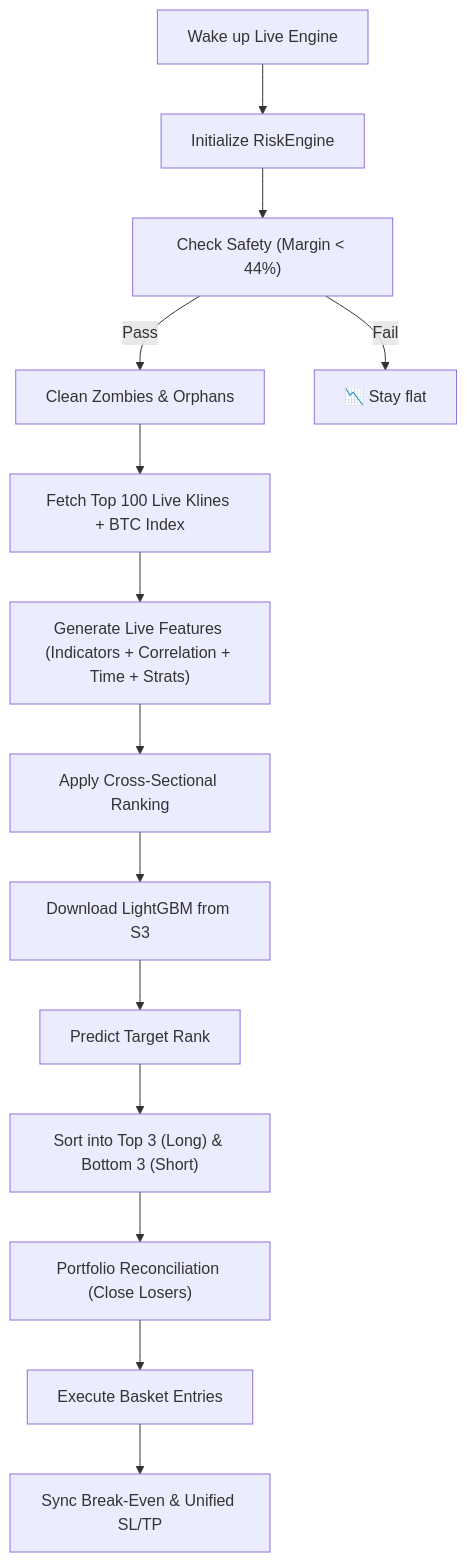
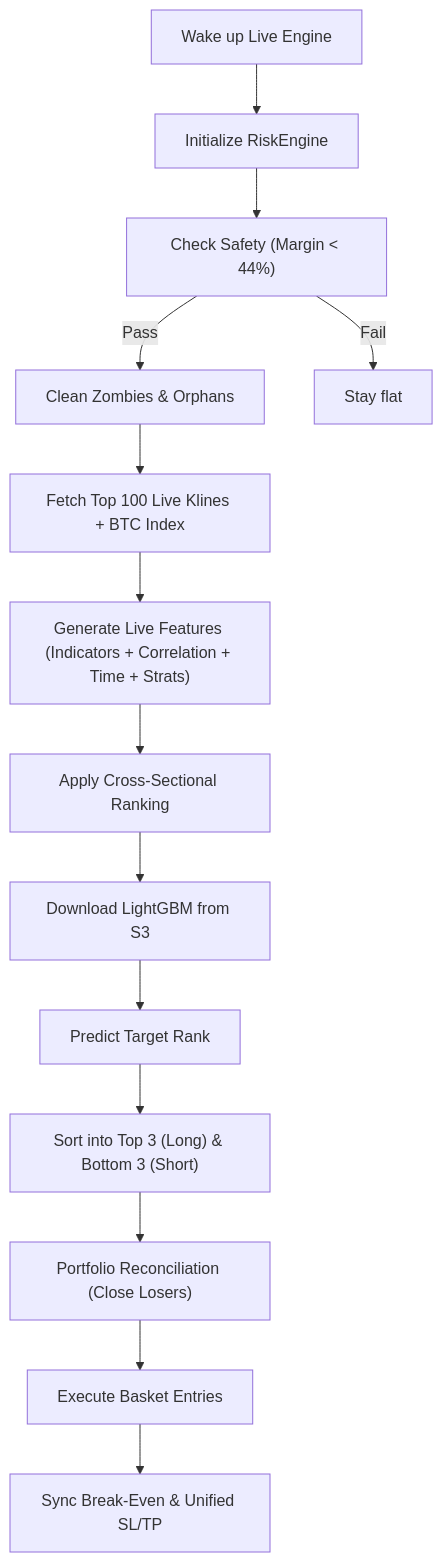
One commit to CnahtanoJ/alpha-factory changed the second of 2 diagrams in ARCHITECTURE.md. Above: the diagram before and after it, drawn with Mermaid. The commit also changed other lines of this file and 32 other files, not shown here.

````diff
--- a/ARCHITECTURE.md
+++ b/ARCHITECTURE.md
@@ -315,20 +315,20 @@
 ```mermaid
 flowchart TD
     A["Wake up Live Engine"]
     B["Initialize RiskEngine"]
     C["Check Safety (Margin < 44%)"]
     D["Clean Zombies & Orphans"]
     E["Fetch Top 100 Live Klines + BTC Index"]
     F["Generate Live Features (Indicators + Correlation + Time + Strats)"]
     G["Apply Cross-Sectional Ranking"]
     H["Download LightGBM from S3"]
     I["Predict Target Rank"]
     J["Sort into Top 3 (Long) & Bottom 3 (Short)"]
     K["Portfolio Reconciliation (Close Losers)"]
     L["Execute Basket Entries"]
     M["Sync Break-Even & Unified SL/TP"]
 
     A --> B --> C
-    C -->|Fail| BAIL["📉 Stay flat"]
+    C -->|Fail| BAIL["Stay flat"]
     C -->|Pass| D --> E --> F --> G --> H --> I --> J --> K --> L --> M
 ```
````
